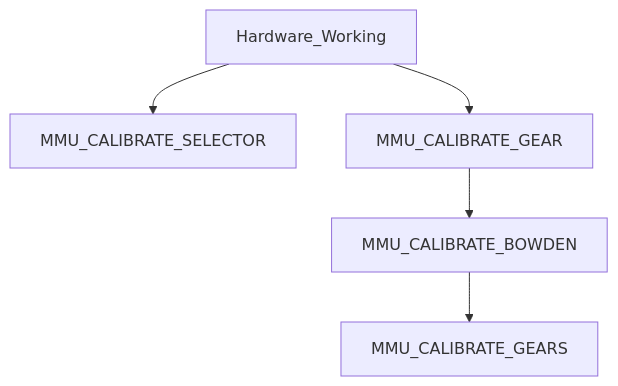
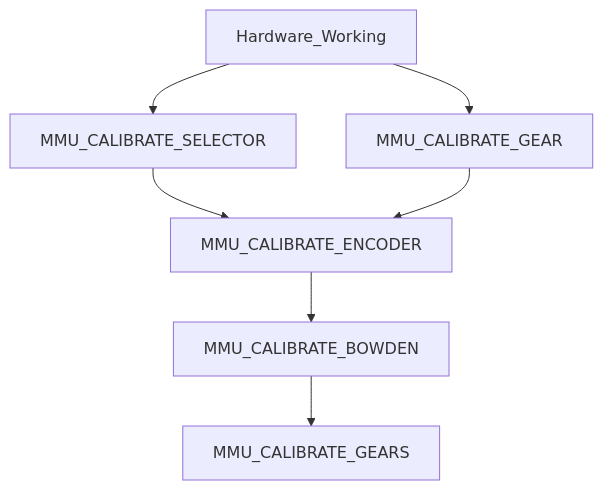
One commit to moggieuk/Happy-Hare changed the diagram in doc/calibration.md. Above: the diagram before and after it, drawn with Mermaid. The commit also changed other lines of this file, not shown here.

````diff
--- a/doc/calibration.md
+++ b/doc/calibration.md
@@ -7,7 +7,9 @@
 ```mermaid
 graph TD;
     Hardware_Working --> MMU_CALIBRATE_SELECTOR
+    MMU_CALIBRATE_SELECTOR --> MMU_CALIBRATE_ENCODER
     Hardware_Working --> MMU_CALIBRATE_GEAR
-    MMU_CALIBRATE_GEAR --> MMU_CALIBRATE_BOWDEN
+    MMU_CALIBRATE_GEAR --> MMU_CALIBRATE_ENCODER
+    MMU_CALIBRATE_ENCODER --> MMU_CALIBRATE_BOWDEN
     MMU_CALIBRATE_BOWDEN --> MMU_CALIBRATE_GEARS
 ```
````
